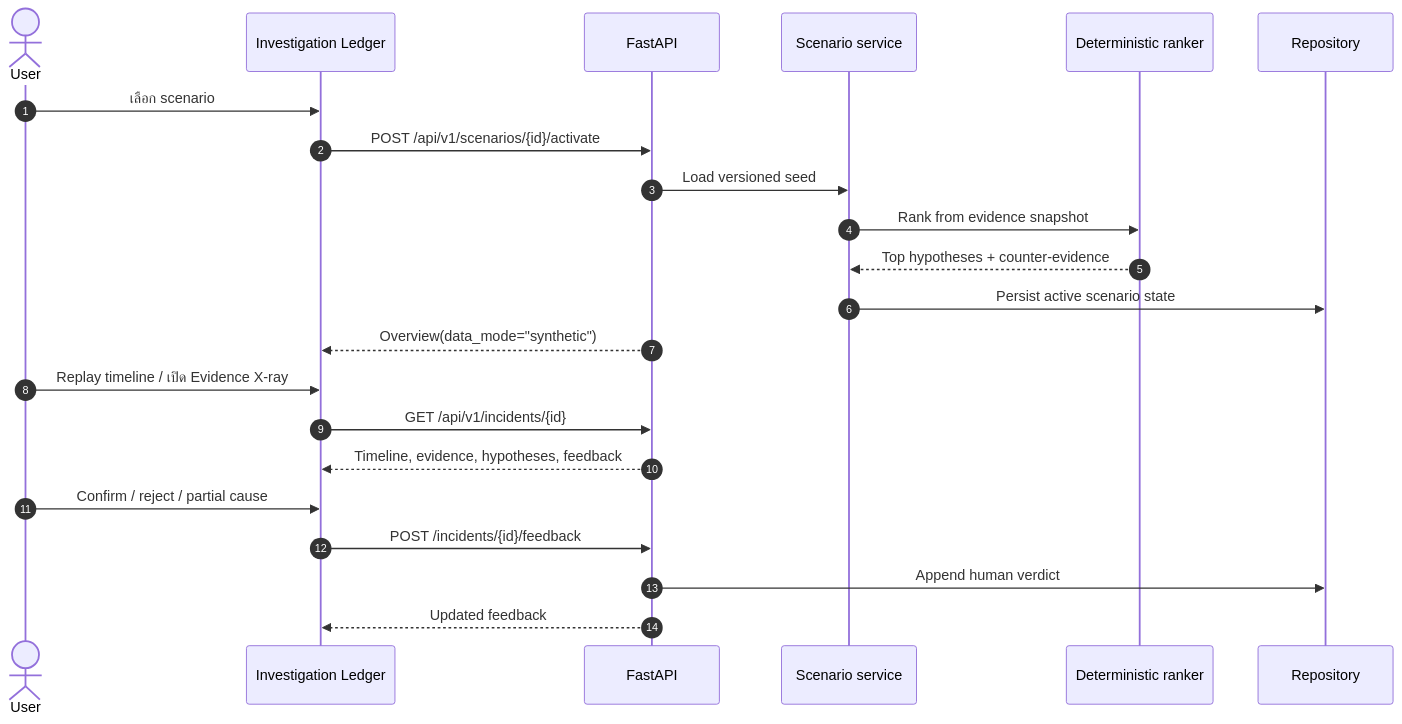
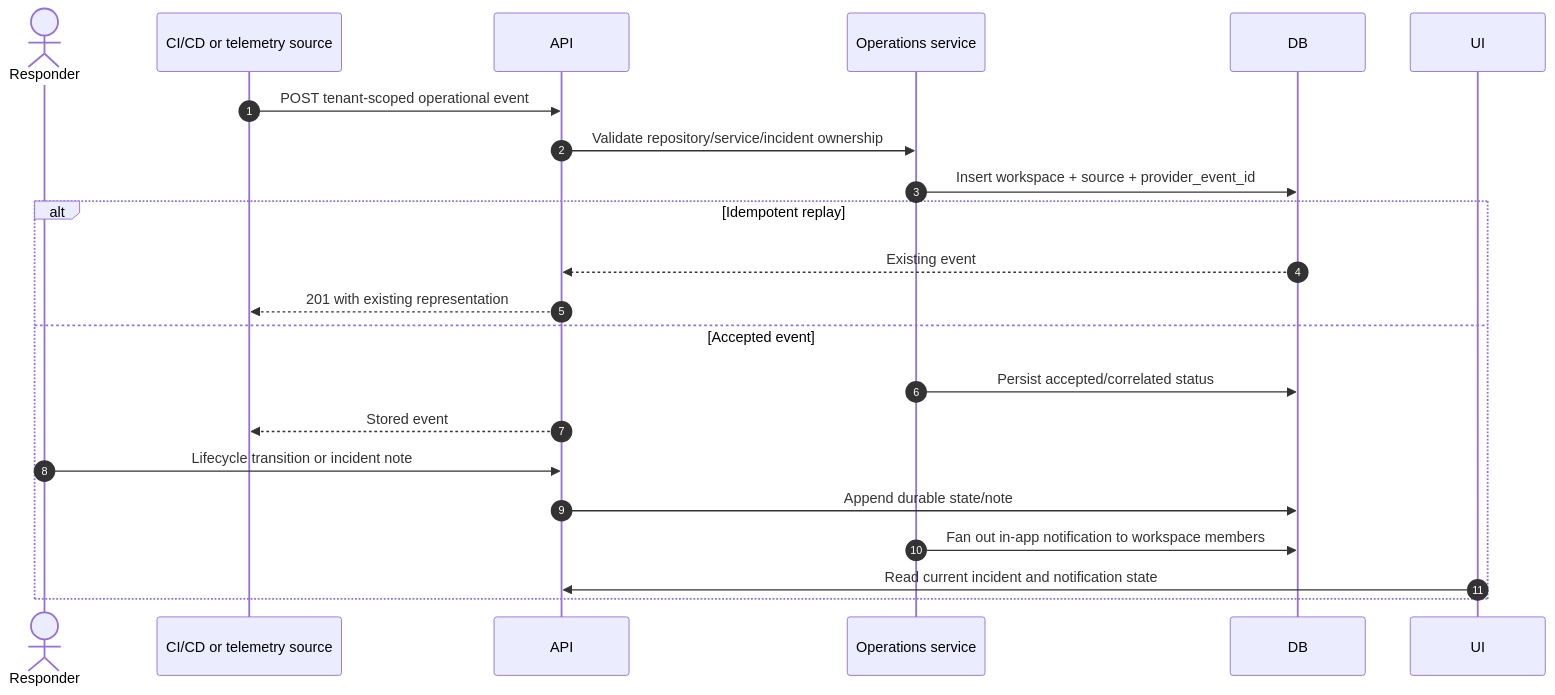
The fifth of 5 diagrams in docs/ARCHITECTURE.md (kingggg5/deployguardai), drawn with Mermaid before and after one commit. The commit also changed other lines of this file and 54 other files, not shown here.

````diff
--- a/docs/ARCHITECTURE.md
+++ b/docs/ARCHITECTURE.md
@@ -153,25 +219,25 @@
 ```mermaid
 sequenceDiagram
     autonumber
-    actor User
-    participant UI as Investigation Ledger
-    participant API as FastAPI
-    participant Scenario as Scenario service
-    participant RCA as Deterministic ranker
-    participant DB as Repository
+    actor Responder
+    participant Source as CI/CD or telemetry source
+    participant API
+    participant Ops as Operations service
+    participant DB
+    participant UI
 
-    User->>UI: เลือก scenario
-    UI->>API: POST /api/v1/scenarios/{id}/activate
-    API->>Scenario: Load versioned seed
-    Scenario->>RCA: Rank from evidence snapshot
-    RCA-->>Scenario: Top hypotheses + counter-evidence
-    Scenario->>DB: Persist active scenario state
-    API-->>UI: Overview(data_mode="synthetic")
-    User->>UI: Replay timeline / เปิด Evidence X-ray
-    UI->>API: GET /api/v1/incidents/{id}
-    API-->>UI: Timeline, evidence, hypotheses, feedback
-    User->>UI: Confirm / reject / partial cause
-    UI->>API: POST /incidents/{id}/feedback
-    API->>DB: Append human verdict
-    API-->>UI: Updated feedback
+    Source->>API: POST tenant-scoped operational event
+    API->>Ops: Validate repository/service/incident ownership
+    Ops->>DB: Insert workspace + source + provider_event_id
+    alt Idempotent replay
+        DB-->>API: Existing event
+        API-->>Source: 201 with existing representation
+    else Accepted event
+        Ops->>DB: Persist accepted/correlated status
+        API-->>Source: Stored event
+        Responder->>API: Lifecycle transition or incident note
+        API->>DB: Append durable state/note
+        Ops->>DB: Fan out in-app notification to workspace members
+        UI->>API: Read current incident and notification state
+    end
 ```
````
